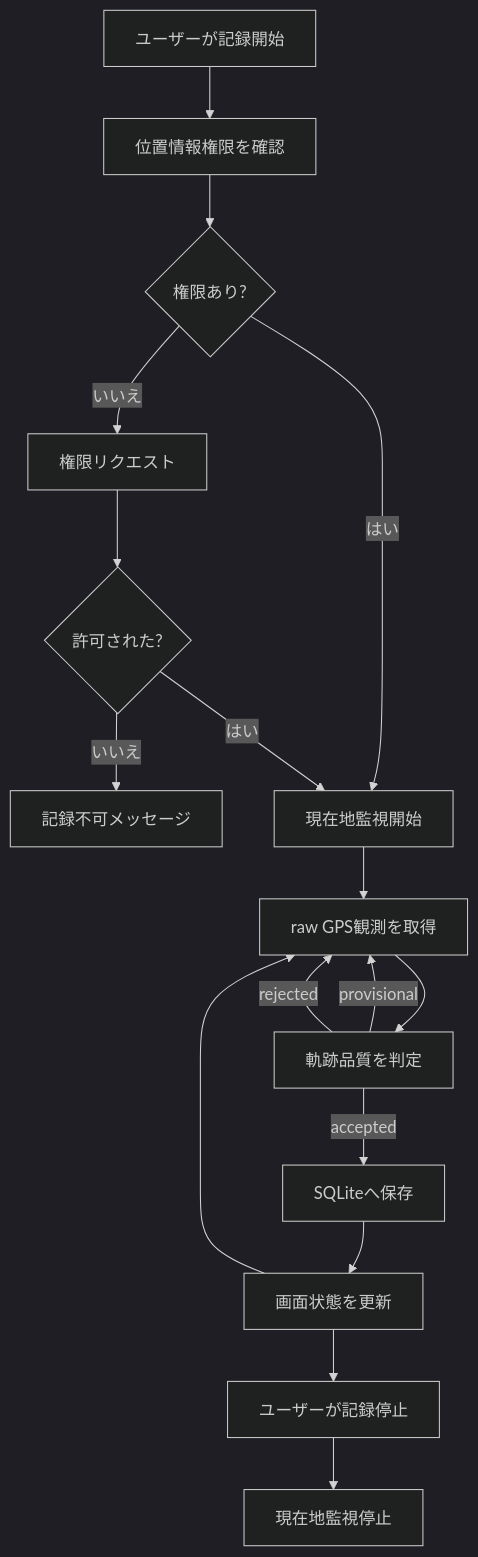
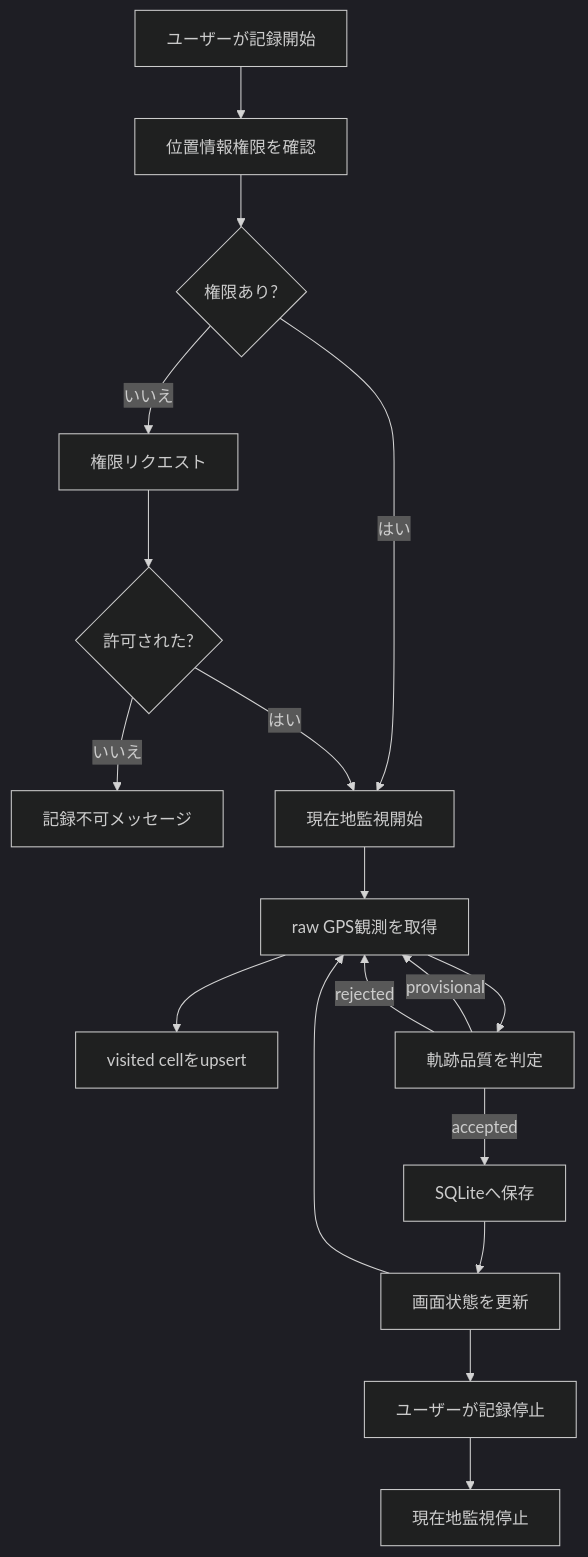
The first of 3 diagrams in docs/architecture.md (kazuki19992/strollia), drawn with Mermaid (dark theme) before and after one commit. The commit also changed other lines of this file and 2 other files, not shown here.

Commit message:
docs(map): visited grid overlay仕様を反映する

````diff
--- a/docs/architecture.md
+++ b/docs/architecture.md
@@ -92,19 +92,20 @@
 ```mermaid
 flowchart TD
   A[ユーザーが記録開始] --> B[位置情報権限を確認]
   B --> C{権限あり?}
   C -->|いいえ| D[権限リクエスト]
   D --> E{許可された?}
   E -->|いいえ| F[記録不可メッセージ]
   C -->|はい| G[現在地監視開始]
   E -->|はい| G
   G --> H[raw GPS観測を取得]
+  H --> N[visited cellをupsert]
   H --> I[軌跡品質を判定]
   I -->|accepted| J[SQLiteへ保存]
   I -->|provisional| H
   I -->|rejected| H
   J --> K[画面状態を更新]
   K --> H
   K --> L[ユーザーが記録停止]
   L --> M[現在地監視停止]
 ```
````
